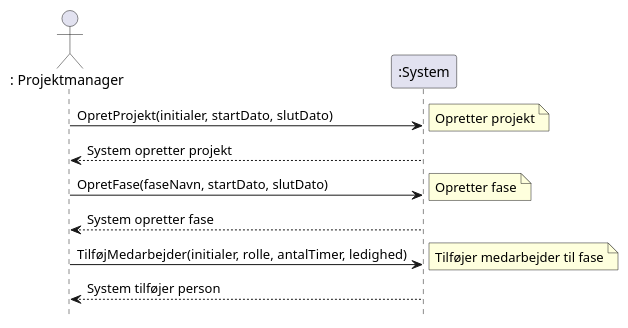
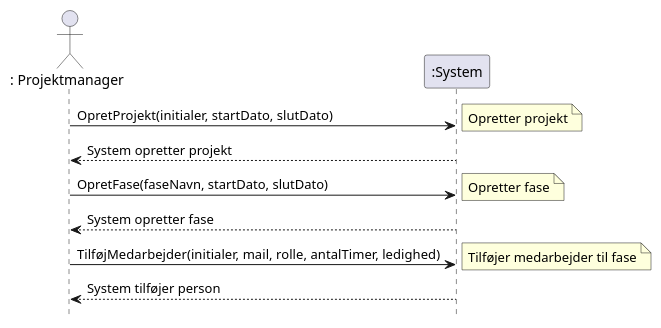
One commit to Rasmuus15/Eksamensprojekt-Novo changed the diagram in Models/Novo-SSD.plantuml. Above: the diagram before and after it, drawn with PlantUML. The commit also changed 1 other file, not shown here.

Commit message:
Objekt og SSD Mail tilføjet

```diff
--- a/Models/Novo-SSD.plantuml
+++ b/Models/Novo-SSD.plantuml
@@ -1,25 +1,25 @@
 @startuml
 hide empty method
 hide footbox /' Fjerner aktør og system i bunden'/
 
 
 'Aktører'
 Actor ": Projektmanager" as L
 participant ":System" as S
 
 
 'Commands'
 L -> S: OpretProjekt(initialer, startDato, slutDato)
 note right: Opretter projekt
 S --> L: System opretter projekt
 
 L -> S: OpretFase(faseNavn, startDato, slutDato)
 note right: Opretter fase
 S --> L: System opretter fase
 
 
-L -> S: TilføjMedarbejder(initialer, rolle, antalTimer, ledighed)
+L -> S: TilføjMedarbejder(initialer, mail, rolle, antalTimer, ledighed)
 note right: Tilføjer medarbejder til fase
 S --> L: System tilføjer person
 
 @enduml
```
